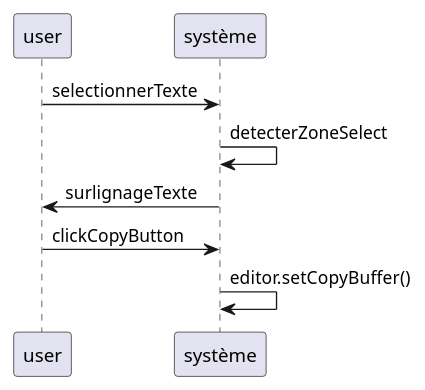
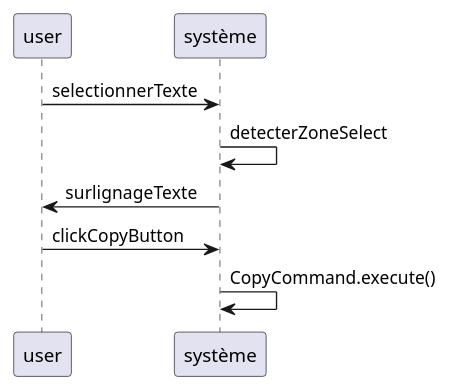
One commit to kiurow590/ESIR2_OMD_Project_Editor changed the fourth of 12 diagrams in Readme.md. Above: the diagram before and after it, drawn with PlantUML. The commit also changed other lines of this file and 6 other files, not shown here.

Commit message:
Mise a jour du readme avec ajout de la V1 + image et correction des diagramme + ajout de la V2 avec diag mais en attente de rediscussion

````diff
--- a/Readme.md
+++ b/Readme.md
@@ -161,10 +182,10 @@
 ```plantuml
 @startuml
 'https://plantuml.com/sequence-diagram
 user -> système: selectionnerTexte
 système -> système: detecterZoneSelect
 système -> user: surlignageTexte
 user -> système: clickCopyButton
-système -> système: editor.setCopyBuffer()
+système -> système: CopyCommand.execute()
 @enduml
 ```
````
